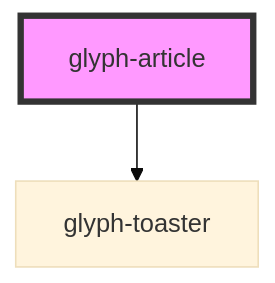
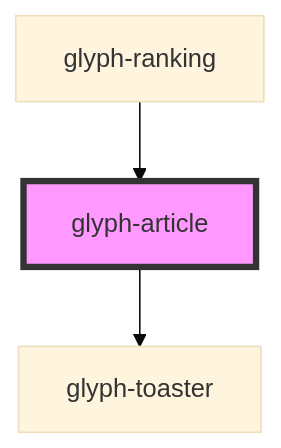
The diagram in packages/glyph-components/src/components/article/readme.md (adrianiy/synth-ui), drawn with Mermaid (base theme) before and after one commit. The commit also changed other lines of this file and 7 other files, not shown here.

````diff
--- a/packages/glyph-components/src/components/article/readme.md
+++ b/packages/glyph-components/src/components/article/readme.md
@@ -34,5 +39,6 @@
 ```mermaid
 graph TD;
   glyph-article --> glyph-toaster
+  glyph-ranking --> glyph-article
   style glyph-article fill:#f9f,stroke:#333,stroke-width:4px
 ```
````
